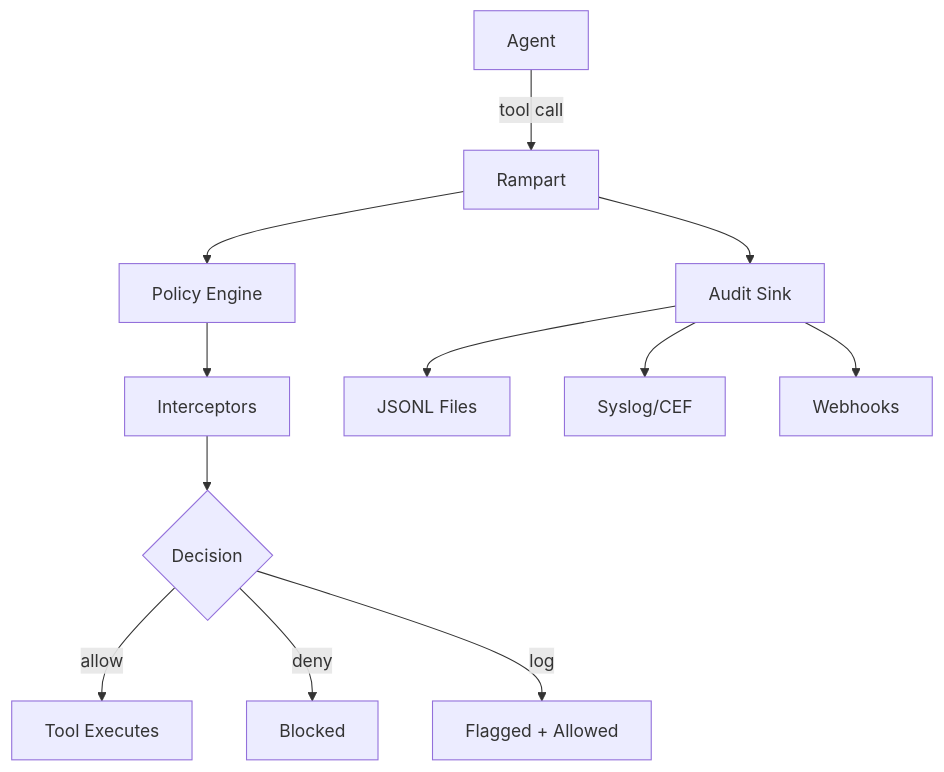
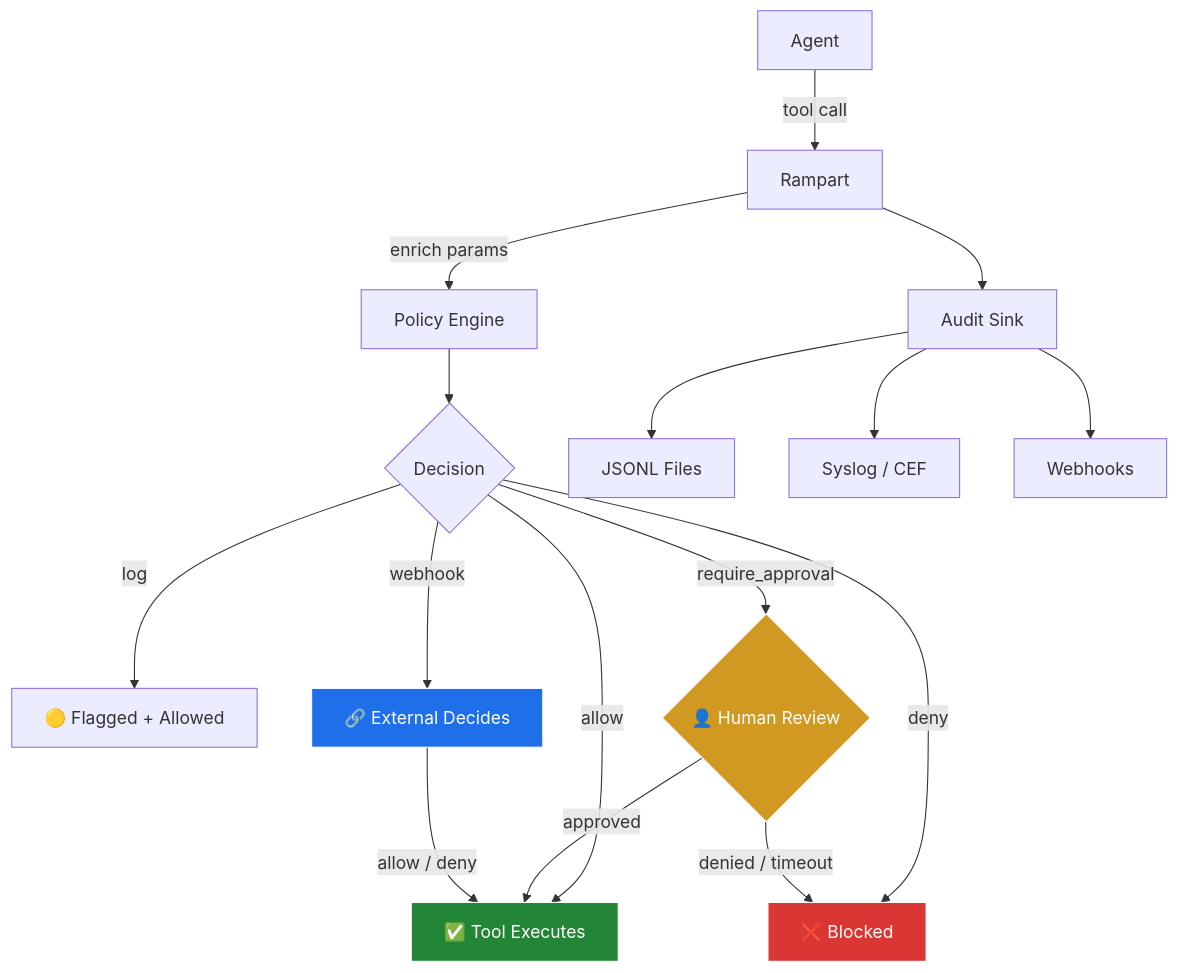
One commit to peg/rampart changed the diagram in docs-site/reference/architecture.md. Above: the diagram before and after it, drawn with Mermaid. The commit also changed other lines of this file and 23 other files, not shown here.

First line of the commit message:
docs + feat: v0.2.1 — hook ask, diagrams, full doc audit

````diff
--- a/docs-site/reference/architecture.md
+++ b/docs-site/reference/architecture.md
@@ -7,14 +7,23 @@
 ```mermaid
 graph TB
     A[Agent] -->|tool call| R[Rampart]
-    R --> PE[Policy Engine]
-    PE --> I[Interceptors]
-    I --> D{Decision}
-    D -->|allow| T[Tool Executes]
-    D -->|deny| B[Blocked]
-    D -->|log| L[Flagged + Allowed]
+    R -->|enrich params| PE[Policy Engine]
+    PE --> D{Decision}
+    D -->|allow| T[✅ Tool Executes]
+    D -->|deny| B[❌ Blocked]
+    D -->|log| L[🟡 Flagged + Allowed]
+    D -->|webhook| WH[🔗 External Decides]
+    D -->|require_approval| AP{👤 Human Review}
+    AP -->|approved| T
+    AP -->|denied / timeout| B
+    WH -->|allow / deny| T
     R --> AU[Audit Sink]
     AU --> J[JSONL Files]
-    AU --> S[Syslog/CEF]
+    AU --> S[Syslog / CEF]
     AU --> W[Webhooks]
+
+    style AP fill:#d29922,stroke:#fff,color:#fff
+    style WH fill:#1f6feb,stroke:#fff,color:#fff
+    style T fill:#238636,stroke:#fff,color:#fff
+    style B fill:#da3633,stroke:#fff,color:#fff
 ```
````
